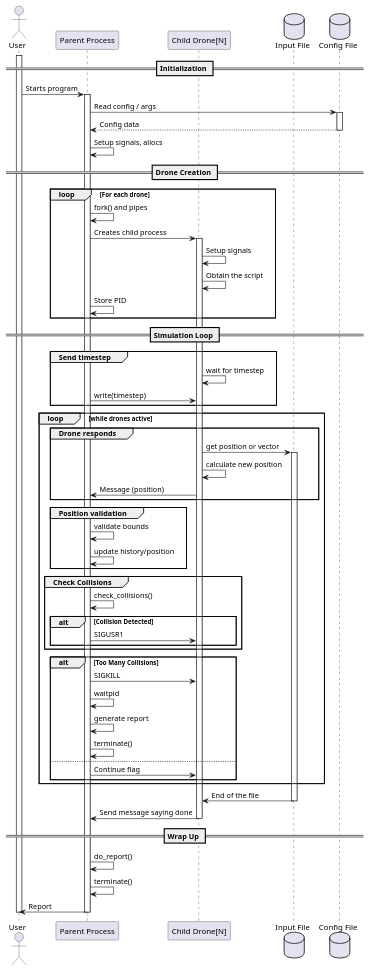
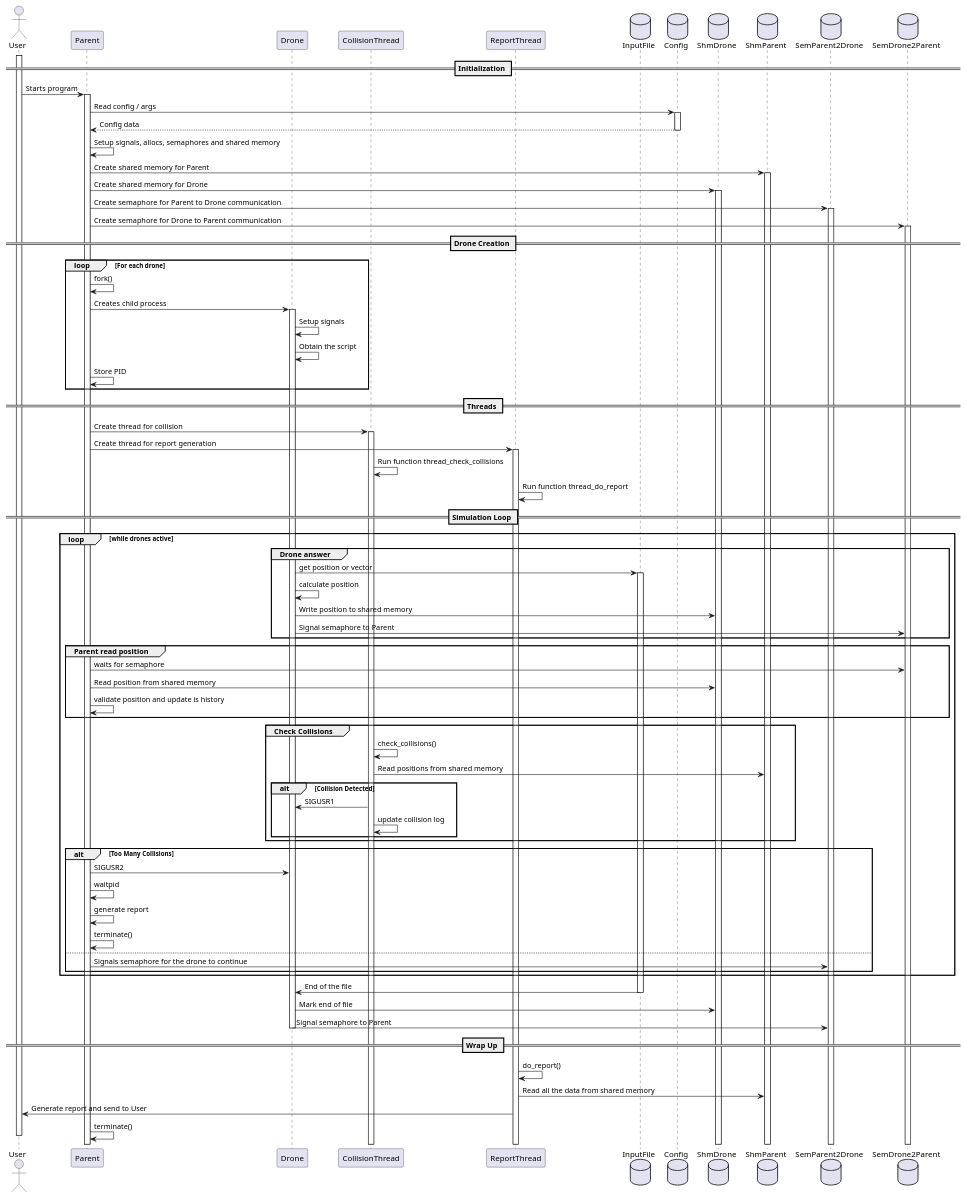
The diagram in SCOMP/puml/Solution.puml (diogoveirospro/sem4pi-2024-2025-sem4pi_2024_2025_g44), drawn with PlantUML before and after one commit. The commit also changed 3 other files, not shown here.

```diff
--- a/SCOMP/puml/Solution.puml
+++ b/SCOMP/puml/Solution.puml
@@ -1,85 +1,115 @@
 @startuml
 
 actor User
-participant "Parent Process" as Parent
-participant "Child Drone[N]" as Drone
-database "Input File" as InputFile
-database "Config File" as Config
+participant Parent
+participant Drone
+participant CollisionThread
+participant ReportThread
+database InputFile
+database Config
+database ShmDrone
+database ShmParent
+database SemParent2Drone
+database SemDrone2Parent
 
 activate User
 == Initialization ==
 
 User -> Parent : Starts program
 activate Parent
 
 Parent -> Config : Read config / args
 activate Config
 
 Config --> Parent : Config data
 deactivate Config
-Parent -> Parent : Setup signals, allocs
+Parent -> Parent : Setup signals, allocs, semaphores and shared memory
+
+Parent -> ShmParent : Create shared memory for Parent
+activate ShmParent
+
+Parent -> ShmDrone : Create shared memory for Drone
+activate ShmDrone
+
+Parent -> SemParent2Drone : Create semaphore for Parent to Drone communication
+activate SemParent2Drone
+
+Parent -> SemDrone2Parent : Create semaphore for Drone to Parent communication
+activate SemDrone2Parent
+
+
 
 == Drone Creation ==
 
 loop For each drone
-    Parent -> Parent : fork() and pipes
+    Parent -> Parent : fork()
     Parent -> Drone : Creates child process
     activate Drone
 
         Drone -> Drone : Setup signals
         Drone -> Drone : Obtain the script
         Parent -> Parent : Store PID
 
 end
 
+== Threads ==
+
+Parent -> CollisionThread : Create thread for collision
+activate CollisionThread
+
+Parent -> ReportThread : Create thread for report generation
+activate ReportThread
+
+CollisionThread -> CollisionThread : Run function thread_check_collisions
+ReportThread -> ReportThread : Run function thread_do_report
+
 == Simulation Loop ==
-    group Send timestep
-        Drone -> Drone : wait for timestep
-        Parent -> Drone : write(timestep)
-    end
 loop while drones active
 
-    group Drone responds
+    group Drone answer
         Drone -> InputFile : get position or vector
         activate InputFile
-        Drone -> Drone : calculate new position
-        Drone -> Parent : Message (position)
+        Drone -> Drone : calculate position
+        Drone -> ShmDrone : Write position to shared memory
+        Drone -> SemDrone2Parent : Signal semaphore to Parent
     end
 
-    group Position validation
-        Parent -> Parent : validate bounds
-        Parent -> Parent : update history/position
+    group Parent read position
+        Parent -> SemDrone2Parent : waits for semaphore
+        Parent -> ShmDrone : Read position from shared memory
+        Parent -> Parent : validate position and update is history
     end
 
     group Check Collisions
-        Parent -> Parent : check_collisions()
+        CollisionThread -> CollisionThread : check_collisions()
+        CollisionThread -> ShmParent : Read positions from shared memory
         alt Collision Detected
-            Parent -> Drone : SIGUSR1
+            CollisionThread -> Drone : SIGUSR1
+            CollisionThread -> CollisionThread : update collision log
         end
     end
 
     alt Too Many Collisions
-        Parent -> Drone : SIGKILL
+        Parent -> Drone : SIGUSR2
         Parent -> Parent : waitpid
         Parent -> Parent : generate report
         Parent -> Parent : terminate()
     else
-        Parent -> Drone : Continue flag
+        Parent -> SemParent2Drone : Signals semaphore for the drone to continue
     end
 
 end
 InputFile -> Drone : End of the file
 deactivate InputFile
-Drone -> Parent : Send message saying done
+Drone -> ShmDrone : Mark end of file
+Drone -> SemParent2Drone :  Signal semaphore to Parent
 deactivate Drone
 
 == Wrap Up ==
 
-
-
-Parent -> Parent : do_report()
+ReportThread -> ReportThread : do_report()
+ReportThread -> ShmParent : Read all the data from shared memory
+ReportThread -> User : Generate report and send to User
 Parent -> Parent : terminate()
-Parent -> User : Report
-deactivate Parent
 deactivate User
 @enduml
```
